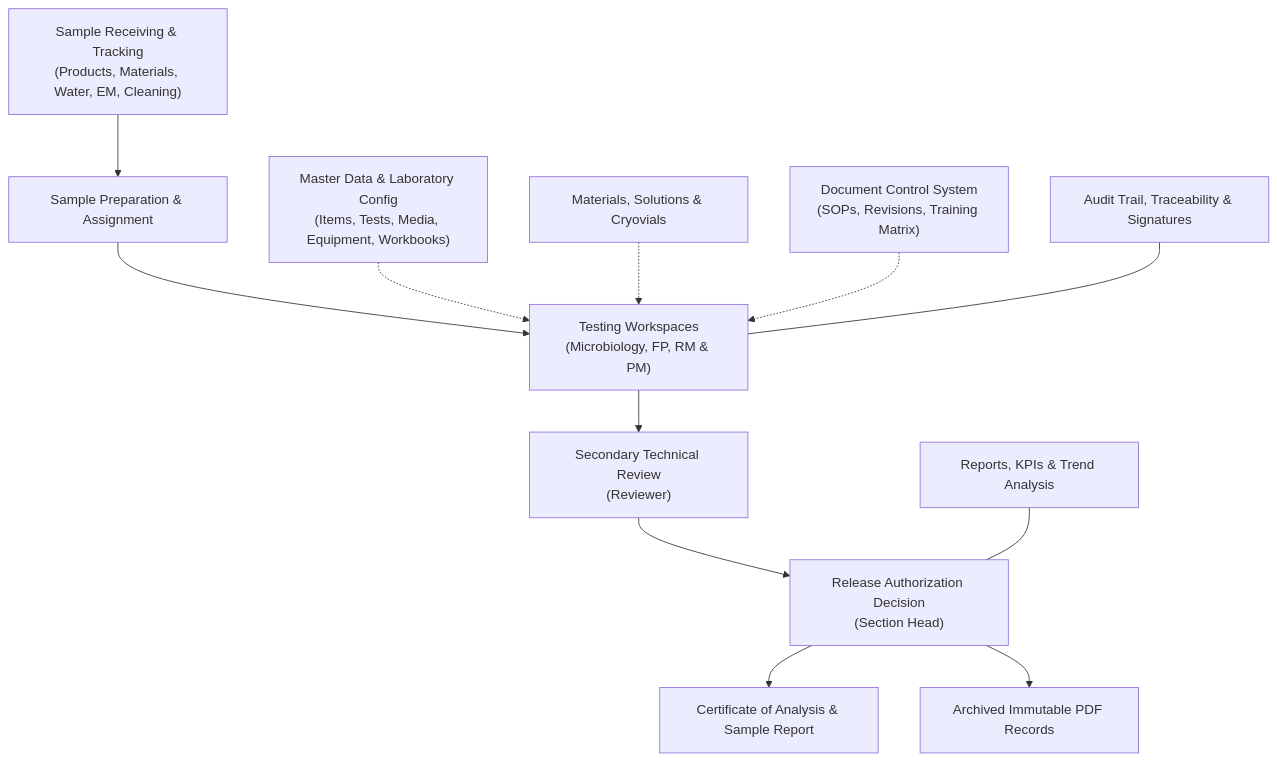
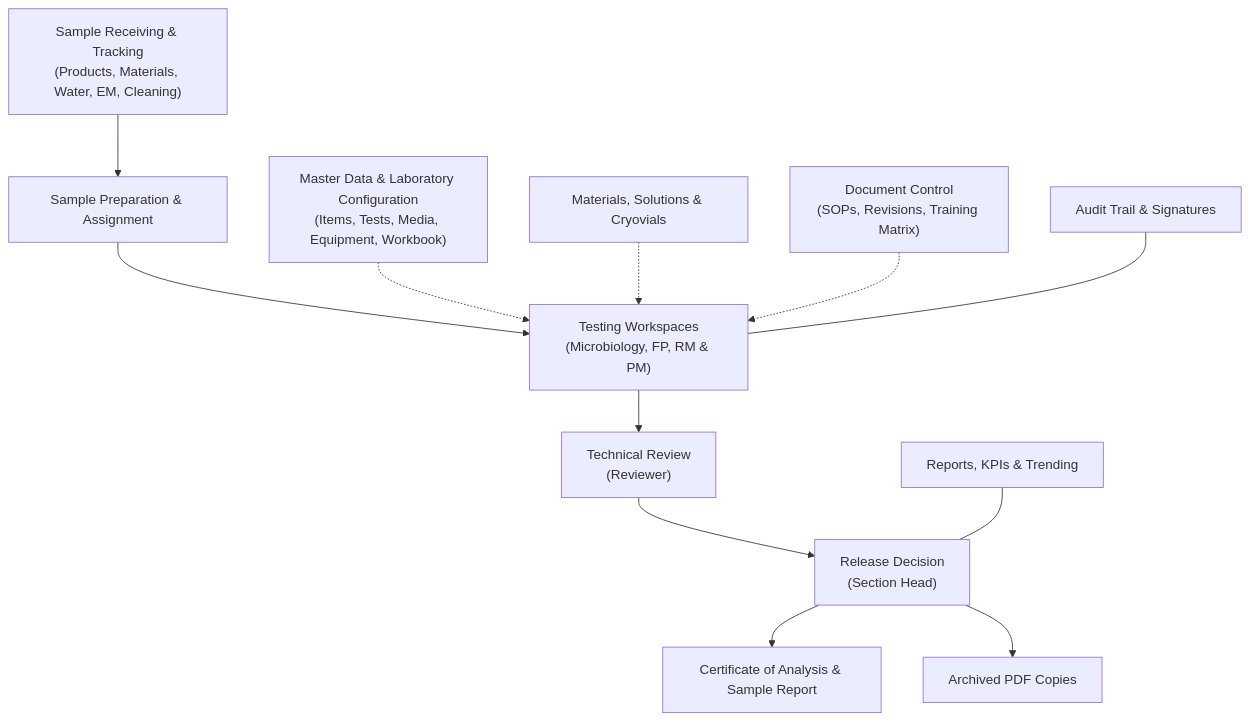
Before and after one commit to Toshy2020/MicroLIMS: the diagram in documentation/guide/03-system-overview.md, drawn with Mermaid. The commit also changed other lines of this file and 43 other files, not shown here.

````diff
--- a/documentation/guide/03-system-overview.md
+++ b/documentation/guide/03-system-overview.md
@@ -6,15 +6,15 @@
 ```mermaid
 flowchart TD
     REC["Sample Receiving & Tracking<br/>(Products, Materials, Water, EM, Cleaning)"] --> PREP["Sample Preparation & Assignment"]
     PREP --> TEST["Testing Workspaces<br/>(Microbiology, FP, RM & PM)"]
-    TEST --> REV["Secondary Technical Review<br/>(Reviewer)"]
-    REV --> APP["Release Authorization Decision<br/>(Section Head)"]
+    TEST --> REV["Technical Review<br/>(Reviewer)"]
+    REV --> APP["Release Decision<br/>(Section Head)"]
     APP --> COA["Certificate of Analysis & Sample Report"]
-    APP --> ARCH["Archived Immutable PDF Records"]
+    APP --> ARCH["Archived PDF Copies"]
 
-    MAST["Master Data & Laboratory Config<br/>(Items, Tests, Media, Equipment, Workbooks)"] -.-> TEST
+    MAST["Master Data & Laboratory Configuration<br/>(Items, Tests, Media, Equipment, Workbook)"] -.-> TEST
     INV["Materials, Solutions & Cryovials"] -.-> TEST
-    DC["Document Control System<br/>(SOPs, Revisions, Training Matrix)"] -.-> TEST
-    AUD["Audit Trail, Traceability & Signatures"] --- TEST
-    REP["Reports, KPIs & Trend Analysis"] --- APP
+    DC["Document Control<br/>(SOPs, Revisions, Training Matrix)"] -.-> TEST
+    AUD["Audit Trail & Signatures"] --- TEST
+    REP["Reports, KPIs & Trending"] --- APP
 ```
````
